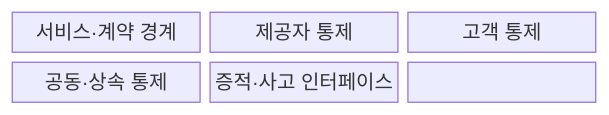
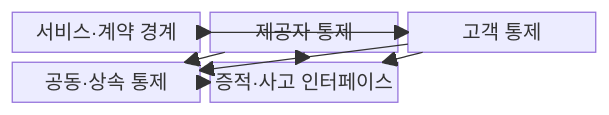
Before and after one commit to agnusdei1207/knowledge-base: the first of 2 diagrams in src/content/docs/notes/05-security/071_shared_responsibility.md, drawn with Mermaid. The commit also changed other lines of this file and 20 other files, not shown here.

````diff
--- a/src/content/docs/notes/05-security/071_shared_responsibility.md
+++ b/src/content/docs/notes/05-security/071_shared_responsibility.md
@@ -61,11 +65,16 @@
 ```mermaid
 block-beta
   columns 3
   A["서비스·계약 경계"]
   B["제공자 통제"]
   C["고객 통제"]
   D["공동·상속 통제"]
   E["증적·사고 인터페이스"]
-  A --- B --- C
-  C --- D --- E
+  A --> B
+  A --> C
+  B --> D
+  C --> D
+  B --> E
+  C --> E
+  D --> E
 ```
````
